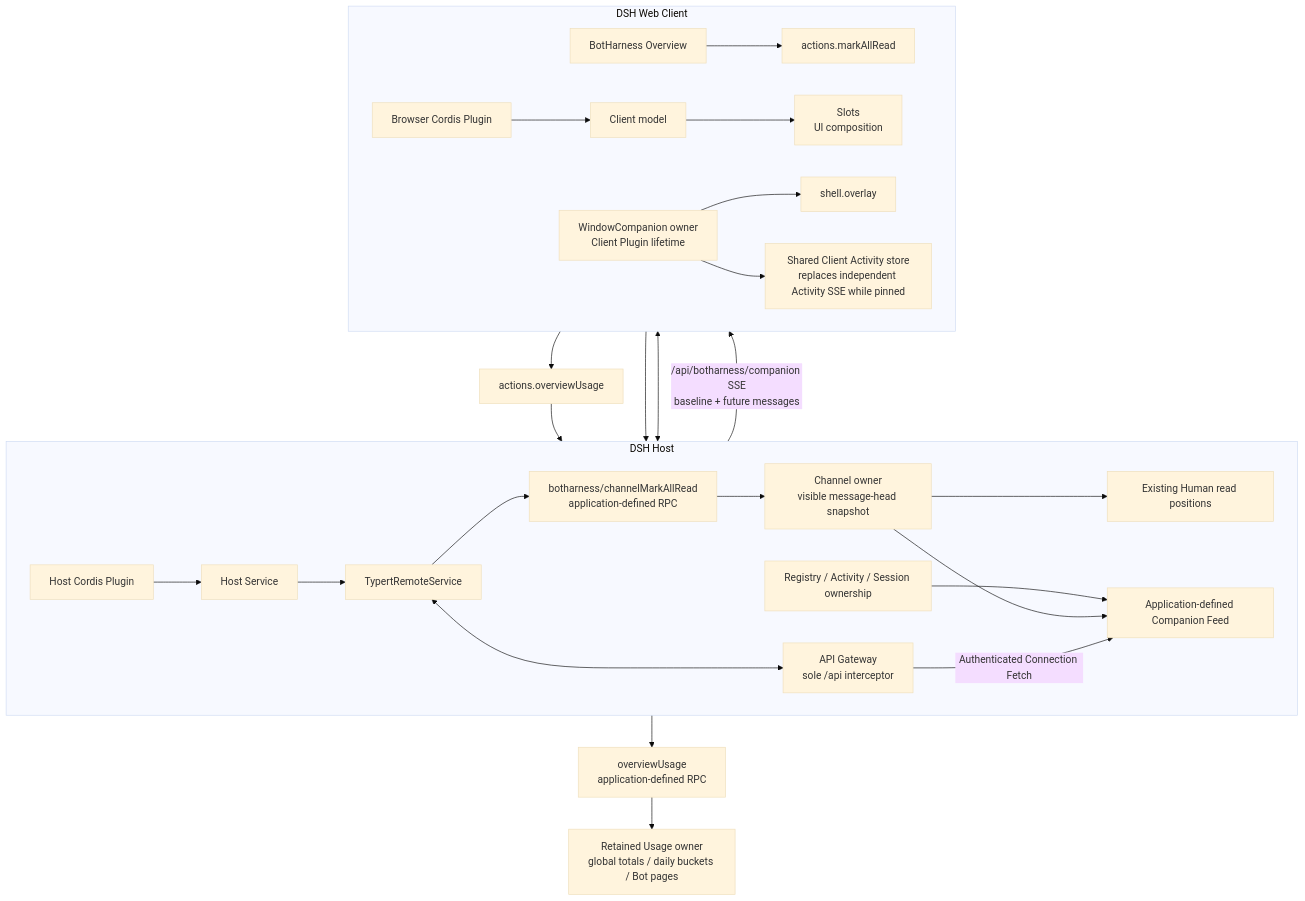
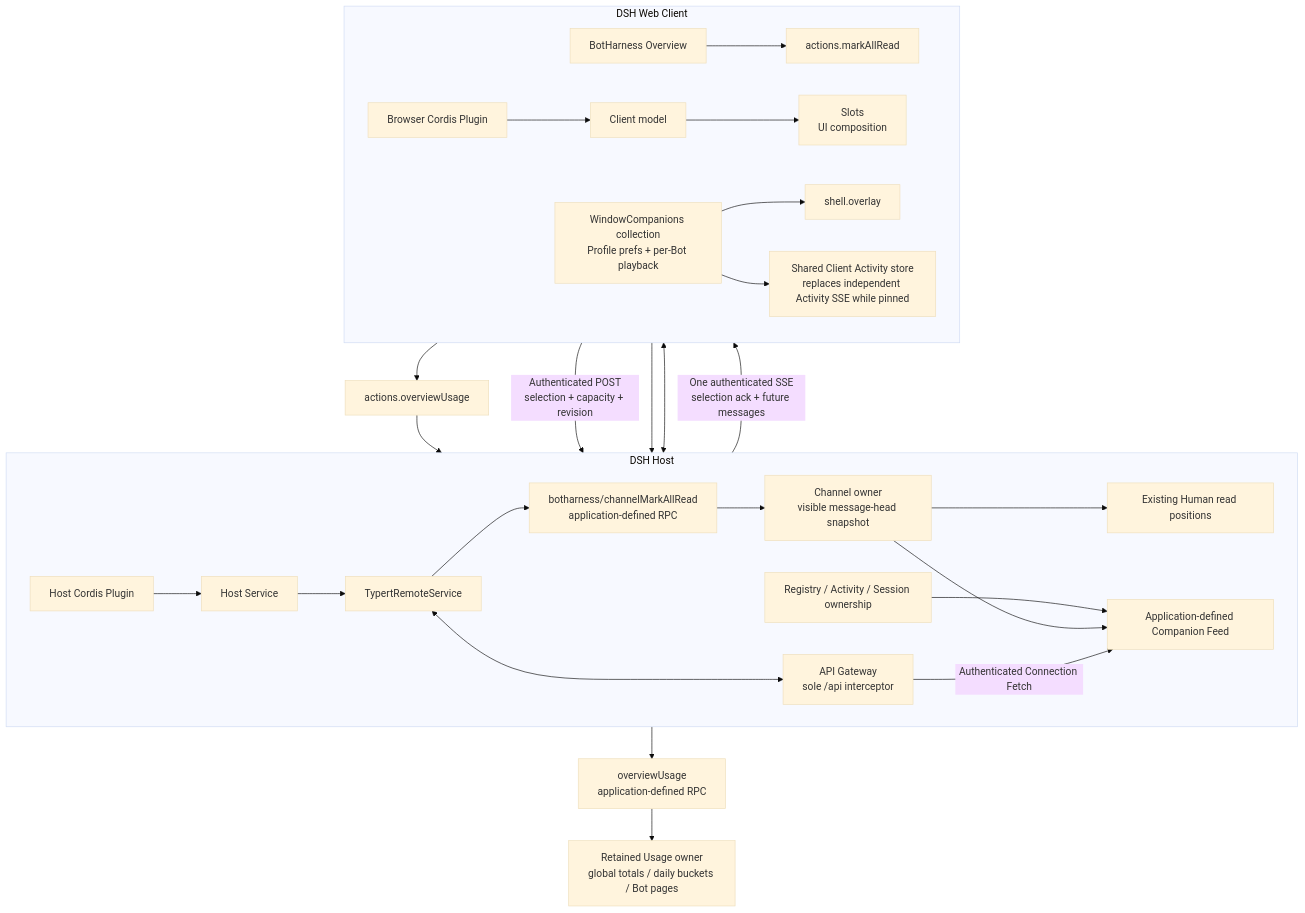
One commit to BotHarness/BotHarness changed the diagram in docs/architecture/diagrams/en/09-dsh-host-client.mmd. Above: the diagram before and after it, drawn with Mermaid (base theme). The commit also changed 13 other files, not shown here.

First line of the commit message:
fix(companions): recover selection and keep expanded reading clear

```diff
--- a/docs/architecture/diagrams/en/09-dsh-host-client.mmd
+++ b/docs/architecture/diagrams/en/09-dsh-host-client.mmd
@@ -1,28 +1,29 @@
 flowchart TB
   subgraph Host["DSH Host"]
     direction LR
     HostPlugin["Host Cordis Plugin"] --> Service["Host Service"]
     Service --> Remote["TypertRemoteService"]
     ReadRPC["botharness/channelMarkAllRead<br/>application-defined RPC"] --> Channels["Channel owner<br/>visible message-head snapshot"]
     Channels --> ReadPositions["Existing Human read positions"]
     Remote <--> Gateway["API Gateway<br/>sole /api interceptor"]
     Registry["Registry / Activity / Session ownership"] --> Feed["Application-defined Companion Feed"]
     Channels --> Feed
   end
   subgraph Browser["DSH Web Client"]
     direction LR
     ClientPlugin["Browser Cordis Plugin"] --> Model["Client model"]
     Overview["BotHarness Overview"] --> ReadAction["actions.markAllRead"]
     Model --> Slots["Slots<br/>UI composition"]
-    Companion["WindowCompanion owner<br/>Client Plugin lifetime"] --> Overlay["shell.overlay"]
+    Companion["WindowCompanions collection<br/>Profile prefs + per-Bot playback"] --> Overlay["shell.overlay"]
     Companion --> Activity["Shared Client Activity store<br/>replaces independent Activity SSE while pinned"]
   end
   Gateway <--> Model
   Gateway -->|"Authenticated Connection Fetch"| Feed
-  Feed -->|"/api/botharness/companion SSE<br/>baseline + future messages"| Companion
+  Feed -->|"One authenticated SSE<br/>selection ack + future messages"| Companion
+  Companion -->|"Authenticated POST<br/>selection + capacity + revision"| Feed
   ReadAction --> Gateway
   Remote --> ReadRPC
   Overview --> UsageAction["actions.overviewUsage"]
   UsageAction --> Gateway
   Remote --> UsageRPC["overviewUsage<br/>application-defined RPC"]
   UsageRPC --> UsageOwner["Retained Usage owner<br/>global totals / daily buckets / Bot pages"]
```
